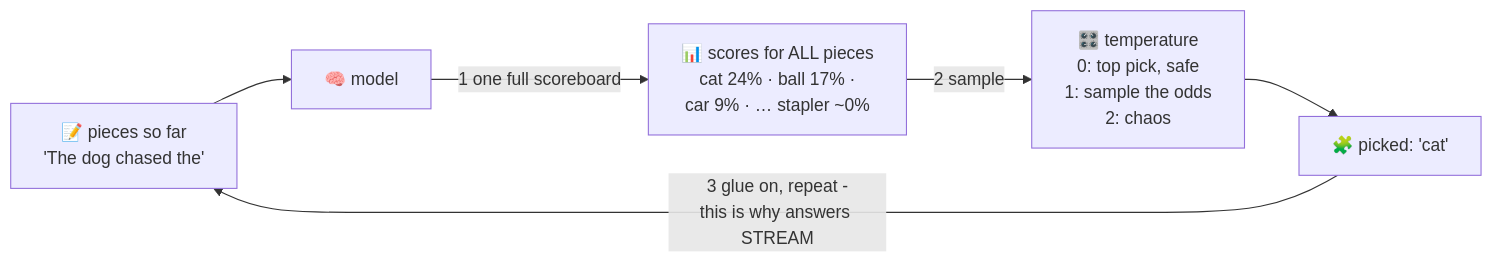
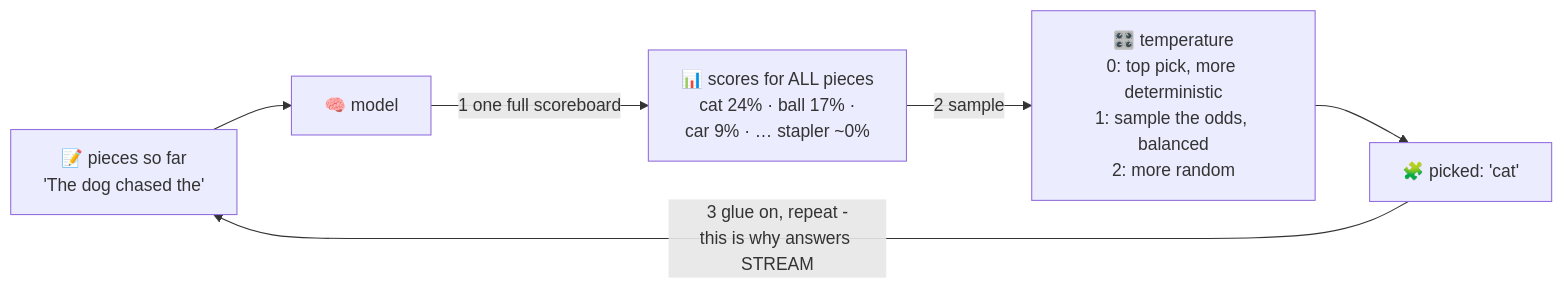
The diagram in lessons/05-next-token/README.md (BaluRaut/learn-ai-school), drawn with Mermaid before and after one commit. The commit also changed 1 other file, not shown here.

Commit message:
Review: attention example now resolves it → ball (demo + diagram + text); temperature, LoRA, prompting, RAG and agent-loop wording

````diff
--- a/lessons/05-next-token/README.md
+++ b/lessons/05-next-token/README.md
@@ -41,10 +41,10 @@
 ```mermaid
 flowchart LR
     ctx["📝 pieces so far<br/>'The dog chased the'"]
     m["🧠 model"]
     probs["📊 scores for ALL pieces<br/>cat 24% · ball 17% ·<br/>car 9% · … stapler ~0%"]
-    dial["🎛️ temperature<br/>0: top pick, safe<br/>1: sample the odds<br/>2: chaos"]
+    dial["🎛️ temperature<br/>0: top pick, more deterministic<br/>1: sample the odds, balanced<br/>2: more random"]
     pick["🧩 picked: 'cat'"]
     ctx --> m -->|"1 one full scoreboard"| probs -->|"2 sample"| dial --> pick
     pick -->|"3 glue on, repeat -<br/>this is why answers STREAM"| ctx
 ```
````
